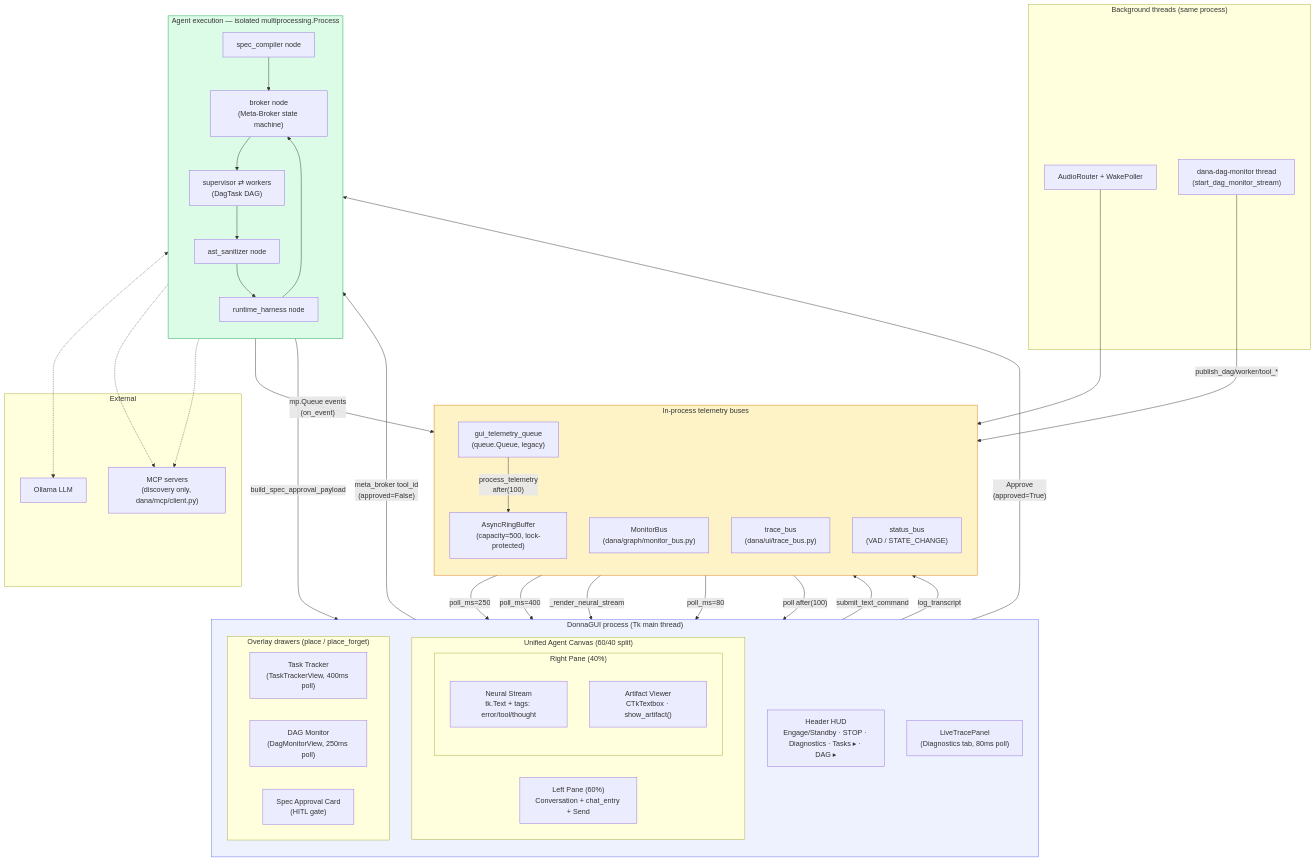
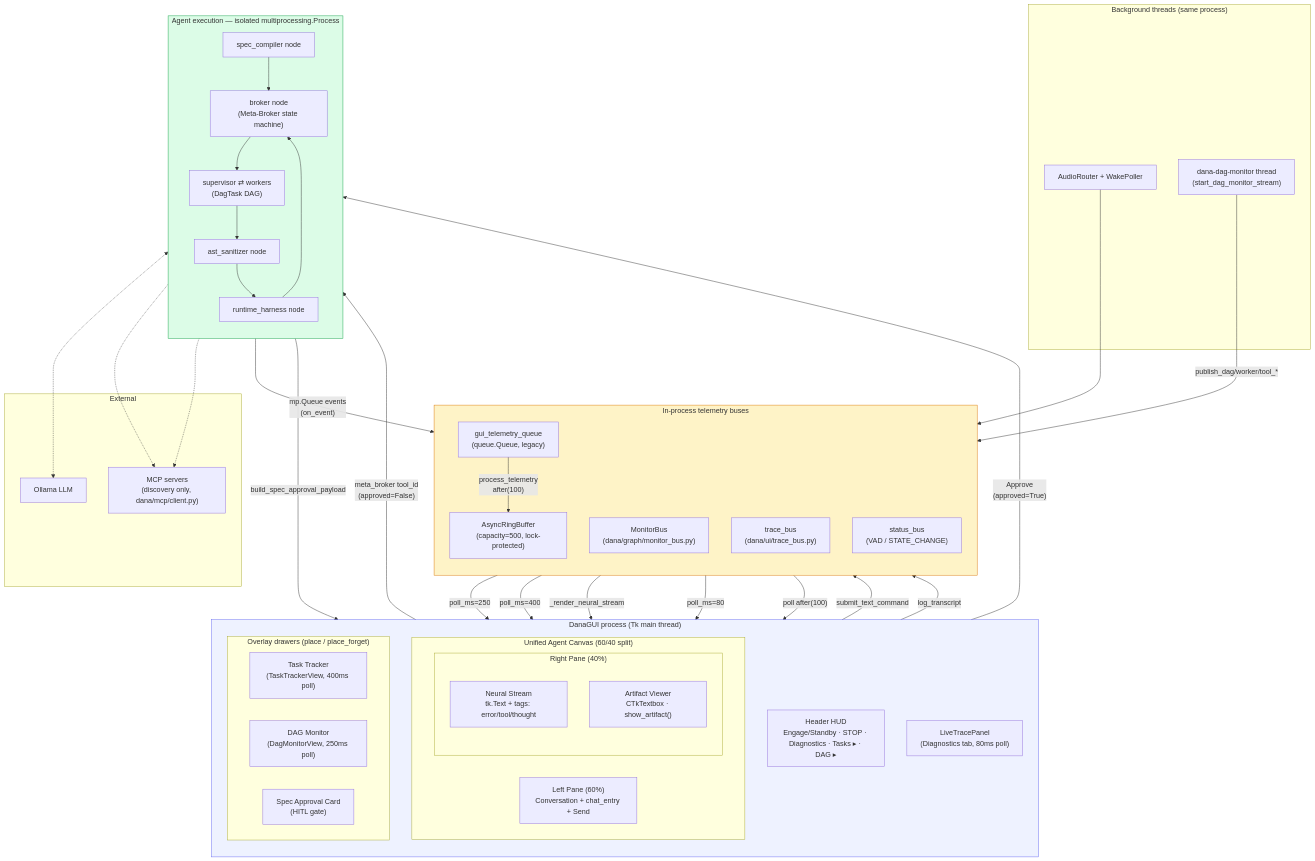
Before and after one commit to Cascade-Router/Dana: the first of 4 diagrams in docs/architecture/system_overview_unified_canvas.md, drawn with Mermaid. The commit also changed other lines of this file and 285 other files, not shown here.

````diff
--- a/docs/architecture/system_overview_unified_canvas.md
+++ b/docs/architecture/system_overview_unified_canvas.md
@@ -30,77 +30,77 @@
 ```mermaid
 flowchart TB
-    subgraph GUI["DonnaGUI process (Tk main thread)"]
+    subgraph GUI["DanaGUI process (Tk main thread)"]
         direction TB
         HDR["Header HUD<br/>Engage/Standby · STOP · Diagnostics · Tasks ▸ · DAG ▸"]
         subgraph CANVAS["Unified Agent Canvas (60/40 split)"]
             direction LR
             LEFT["Left Pane (60%)<br/>Conversation + chat_entry + Send"]
             subgraph RIGHT["Right Pane (40%)"]
                 direction TB
                 NS["Neural Stream<br/>tk.Text + tags: error/tool/thought"]
                 AV["Artifact Viewer<br/>CTkTextbox · show_artifact()"]
             end
         end
         subgraph OVERLAYS["Overlay drawers (place / place_forget)"]
             direction LR
             TT["Task Tracker<br/>(TaskTrackerView, 400ms poll)"]
             DAG["DAG Monitor<br/>(DagMonitorView, 250ms poll)"]
             SPEC["Spec Approval Card<br/>(HITL gate)"]
         end
         LT["LiveTracePanel<br/>(Diagnostics tab, 80ms poll)"]
     end
 
     subgraph BUSES["In-process telemetry buses"]
         direction TB
         GTQ["gui_telemetry_queue<br/>(queue.Queue, legacy)"]
         ARB["AsyncRingBuffer<br/>(capacity=500, lock-protected)"]
         MB["MonitorBus<br/>(dana/graph/monitor_bus.py)"]
         TB2["trace_bus<br/>(dana/ui/trace_bus.py)"]
         SB["status_bus<br/>(VAD / STATE_CHANGE)"]
     end
 
     subgraph THREADS["Background threads (same process)"]
         AUDIO["AudioRouter + WakePoller"]
         DAGSTREAM["dana-dag-monitor thread<br/>(start_dag_monitor_stream)"]
     end
 
     subgraph AGENT["Agent execution — isolated multiprocessing.Process"]
         direction TB
         SC["spec_compiler node"]
         BR["broker node<br/>(Meta-Broker state machine)"]
         SUP["supervisor ⇄ workers<br/>(DagTask DAG)"]
         SAN["ast_sanitizer node"]
         RH["runtime_harness node"]
         SC --> BR --> SUP --> SAN --> RH --> BR
     end
 
     subgraph EXT["External"]
         LLM["Ollama LLM"]
         MCP["MCP servers<br/>(discovery only, dana/mcp/client.py)"]
     end
 
     LEFT -- "submit_text_command" --> GTQ
     LEFT -- "meta_broker tool_id<br/>(approved=False)" --> SC
     SC -- "build_spec_approval_payload" --> SPEC
     SPEC -- "Approve<br/>(approved=True)" --> BR
     DAGSTREAM -- "publish_dag/worker/tool_*" --> MB
     MB -- "poll_ms=250" --> DAG
     MB -- "poll_ms=400" --> TT
     AGENT -- "mp.Queue events<br/>(on_event)" --> MB
     GTQ -- "process_telemetry<br/>after(100)" --> ARB
     LEFT -- "log_transcript" --> ARB
     ARB -- "_render_neural_stream" --> NS
     TB2 -- "poll_ms=80" --> LT
     AUDIO --> SB
     SB -- "poll after(100)" --> HDR
     BR <-.-> LLM
     SC -.-> MCP
     BR -.-> MCP
 
     classDef proc fill:#eef2ff,stroke:#6366f1
     classDef bus fill:#fef3c7,stroke:#d97706
     classDef agent fill:#dcfce7,stroke:#16a34a
     class GUI proc
     class BUSES bus
     class AGENT agent
 ```
````
